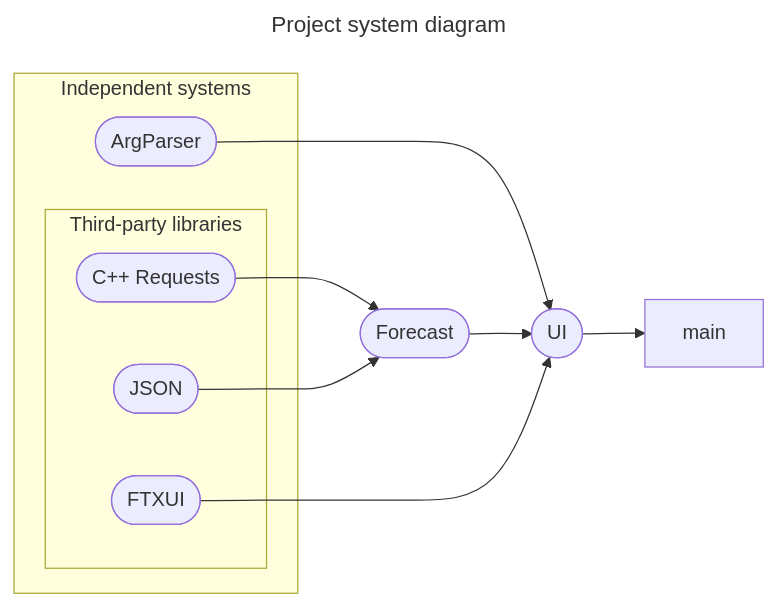
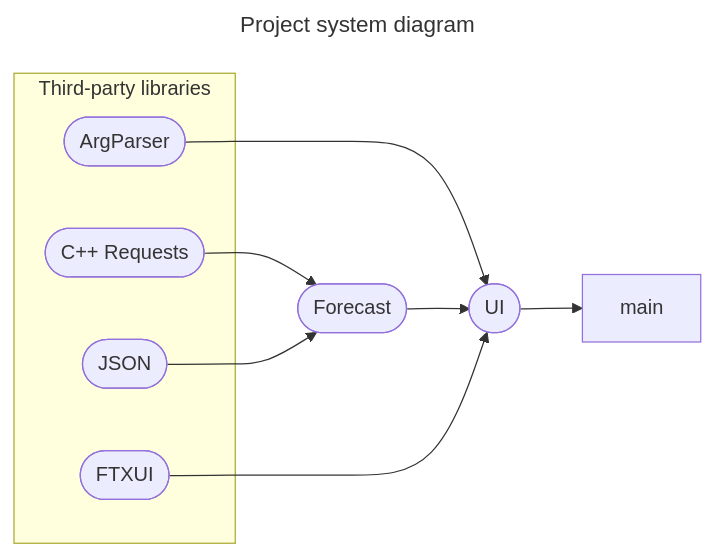
Before and after one commit to bialger/weather-forecast: the first of 3 diagrams in docs/dev/architecture.md, drawn with Mermaid. The commit also changed other lines of this file and 7 other files, not shown here.

````diff
--- a/docs/dev/architecture.md
+++ b/docs/dev/architecture.md
@@ -24,23 +24,21 @@
 ```mermaid
 ---
 title: Project system diagram
 ---
 flowchart LR
-    subgraph Independent systems
+    subgraph Third-party libraries
         nodeArgParser([ArgParser])
-        subgraph Third-party libraries
-            nodeCPR([C++ Requests])
-            nodeJSON([JSON])
-            nodeFTXUI([FTXUI])
-        end
+        nodeCPR([C++ Requests])
+        nodeJSON([JSON])
+        nodeFTXUI([FTXUI])
     end
     nodeForecast([Forecast])
     nodeUI([UI])
     nodeMain[main]
     nodeArgParser --> nodeUI
     nodeForecast --> nodeUI
     nodeCPR --> nodeForecast
     nodeJSON --> nodeForecast
     nodeFTXUI --> nodeUI
     nodeUI --> nodeMain
 ```
````
